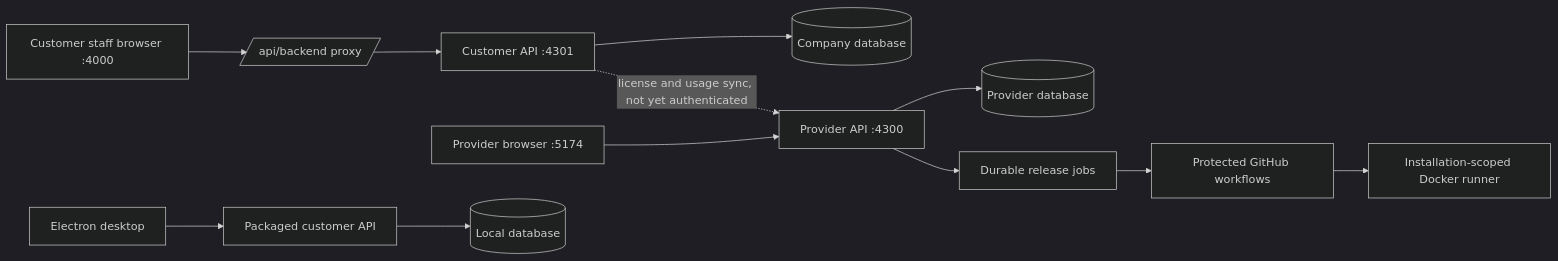
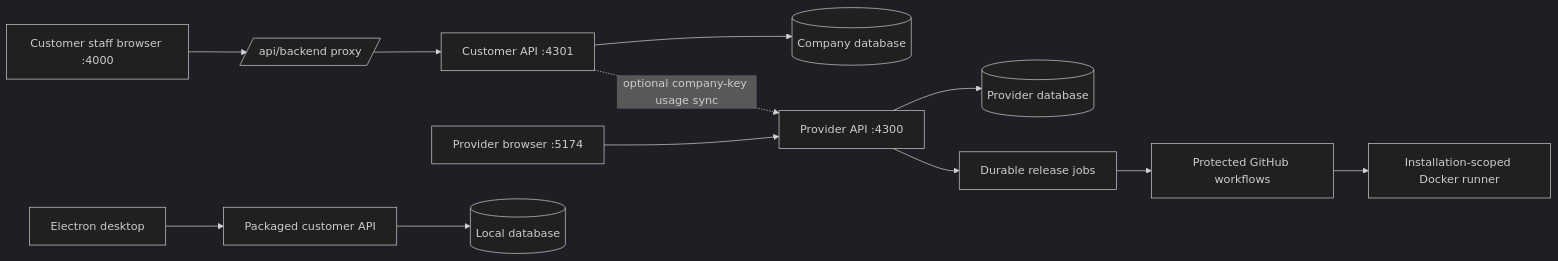
One commit to gokulsenthilkumar3/Evergreen changed the first of 2 diagrams in docs/ARCHITECTURE.md. Above: the diagram before and after it, drawn with Mermaid (dark theme). The commit also changed other lines of this file and 151 other files, not shown here.

Commit message:
fix: remediate architecture boundaries and add graph review gates

````diff
--- a/docs/ARCHITECTURE.md
+++ b/docs/ARCHITECTURE.md
@@ -9,14 +9,14 @@
 ```mermaid
 flowchart LR
   Staff[Customer staff browser :4000] --> Proxy[/api/backend proxy/]
   Proxy --> Tenant[Customer API :4301]
   Tenant --> TenantDB[(Company database)]
   Operator[Provider browser :5174] --> Provider[Provider API :4300]
   Provider --> ProviderDB[(Provider database)]
   Provider --> Jobs[Durable release jobs]
   Jobs --> Actions[Protected GitHub workflows]
   Actions --> Runner[Installation-scoped Docker runner]
-  Tenant -. license and usage sync, not yet authenticated .-> Provider
+  Tenant -. optional company-key usage sync .-> Provider
   Desktop[Electron desktop] --> LocalAPI[Packaged customer API]
   LocalAPI --> LocalDB[(Local database)]
 ```
````
